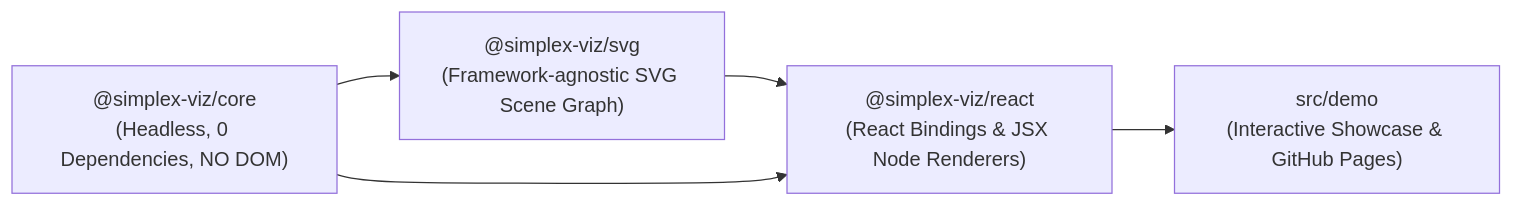
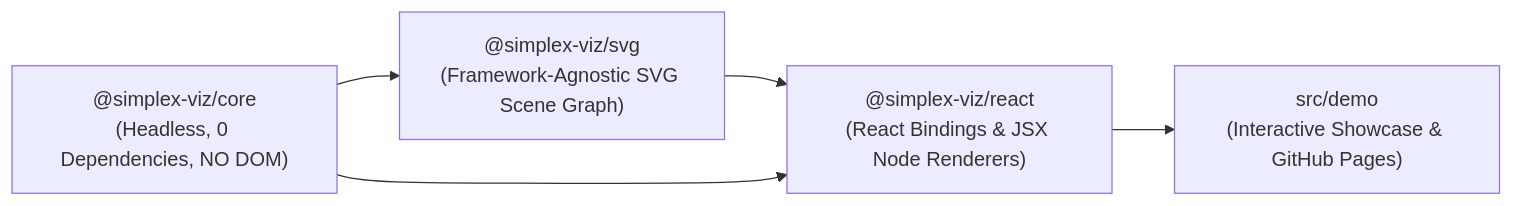
Before and after one commit to ghackenberg/simplex-viz: the diagram in README.md, drawn with Mermaid. The commit also changed other lines of this file and 13 other files, not shown here.

````diff
--- a/README.md
+++ b/README.md
@@ -25,7 +31,7 @@
 ```mermaid
 flowchart LR
-  Core["@simplex-viz/core\n(Headless, 0 Dependencies, NO DOM)"] --> Svg["@simplex-viz/svg\n(Framework-agnostic SVG Scene Graph)"]
+  Core["@simplex-viz/core\n(Headless, 0 Dependencies, NO DOM)"] --> Svg["@simplex-viz/svg\n(Framework-Agnostic SVG Scene Graph)"]
   Svg --> React["@simplex-viz/react\n(React Bindings & JSX Node Renderers)"]
   Core --> React
   React --> Demo["src/demo\n(Interactive Showcase & GitHub Pages)"]
 ```
````
